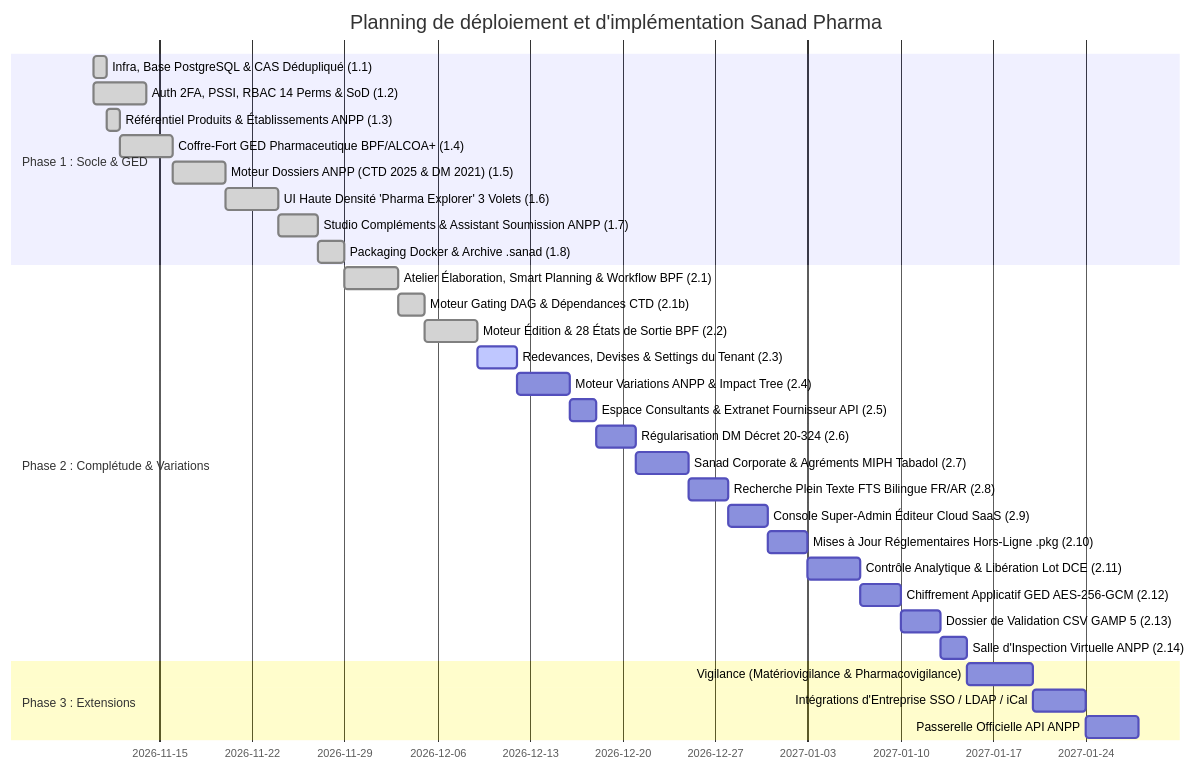
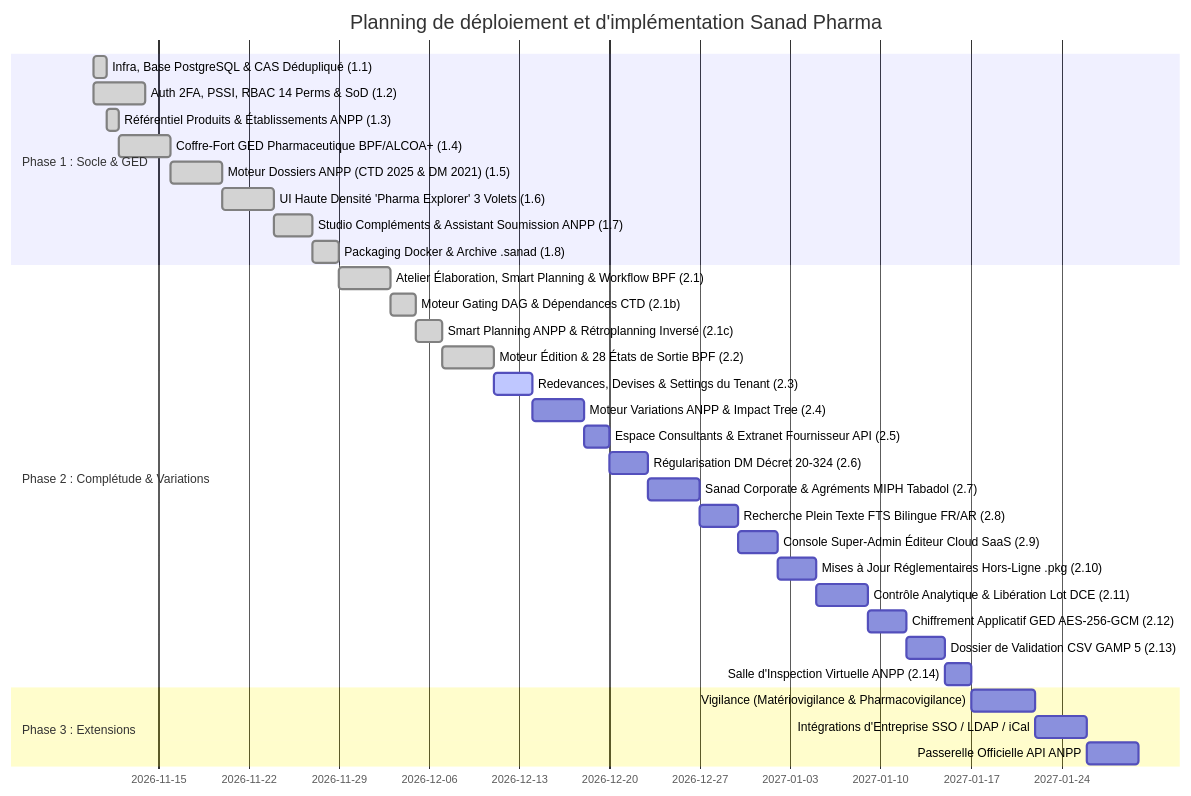
The diagram in docs/roadmap.md (aassr1965/homolog), drawn with Mermaid before and after one commit. The commit also changed other lines of this file and 1 other file, not shown here.

Commit message:
docs(roadmap): mise a jour Jalon 2.1c avec jours ouvrables, feries algeriens et reporting BPF

````diff
--- a/docs/roadmap.md
+++ b/docs/roadmap.md
@@ -23,34 +23,35 @@
 ```mermaid
 gantt
     title Planning de déploiement et d'implémentation Sanad Pharma
     dateFormat  YYYY-MM-DD
     section Phase 1 : Socle & GED
     Infra, Base PostgreSQL & CAS Dédupliqué (1.1)    :done, p1_1, 2026-11-10, 1d
     Auth 2FA, PSSI, RBAC 14 Perms & SoD (1.2)        :done, p1_2, 2026-11-10, 4d
     Référentiel Produits & Établissements ANPP (1.3) :done, p1_3, 2026-11-11, 1d
     Coffre-Fort GED Pharmaceutique BPF/ALCOA+ (1.4)  :done, p1_4, after p1_3, 4d
     Moteur Dossiers ANPP (CTD 2025 & DM 2021) (1.5)  :done, p1_5, after p1_4, 4d
     UI Haute Densité 'Pharma Explorer' 3 Volets (1.6):done, p1_6, after p1_5, 4d
     Studio Compléments & Assistant Soumission ANPP (1.7) :done, p1_7, after p1_6, 3d
     Packaging Docker & Archive .sanad (1.8)          :done, p1_8, after p1_7, 2d
     section Phase 2 : Complétude & Variations
     Atelier Élaboration, Smart Planning & Workflow BPF (2.1):done, p2_1, after p1_8, 4d
     Moteur Gating DAG & Dépendances CTD (2.1b)       :done, p2_1b, after p2_1, 2d
-    Moteur Édition & 28 États de Sortie BPF (2.2)    :done, p2_2, after p2_1b, 4d
+    Smart Planning ANPP & Rétroplanning Inversé (2.1c):done, p2_1c, after p2_1b, 2d
+    Moteur Édition & 28 États de Sortie BPF (2.2)    :done, p2_2, after p2_1c, 4d
     Redevances, Devises & Settings du Tenant (2.3)   :active, p2_3, after p2_2, 3d
     Moteur Variations ANPP & Impact Tree (2.4)       :p2_4, after p2_3, 4d
     Espace Consultants & Extranet Fournisseur API (2.5):p2_5, after p2_4, 2d
     Régularisation DM Décret 20-324 (2.6)            :p2_6, after p2_5, 3d
     Sanad Corporate & Agréments MIPH Tabadol (2.7)   :p2_7, after p2_6, 4d
     Recherche Plein Texte FTS Bilingue FR/AR (2.8)   :p2_8, after p2_7, 3d
     Console Super-Admin Éditeur Cloud SaaS (2.9)     :p2_9, after p2_8, 3d
     Mises à Jour Réglementaires Hors-Ligne .pkg (2.10):p2_10, after p2_9, 3d
     Contrôle Analytique & Libération Lot DCE (2.11)  :p2_11, after p2_10, 4d
     Chiffrement Applicatif GED AES-256-GCM (2.12)   :p2_12, after p2_11, 3d
     Dossier de Validation CSV GAMP 5 (2.13)          :p2_13, after p2_12, 3d
     Salle d'Inspection Virtuelle ANPP (2.14)         :p2_14, after p2_13, 2d
     section Phase 3 : Extensions
     Vigilance (Matériovigilance & Pharmacovigilance) :p3_1, after p2_14, 5d
     Intégrations d'Entreprise SSO / LDAP / iCal      :p3_2, after p3_1, 4d
     Passerelle Officielle API ANPP                   :p3_3, after p3_2, 4d
 ```
````
